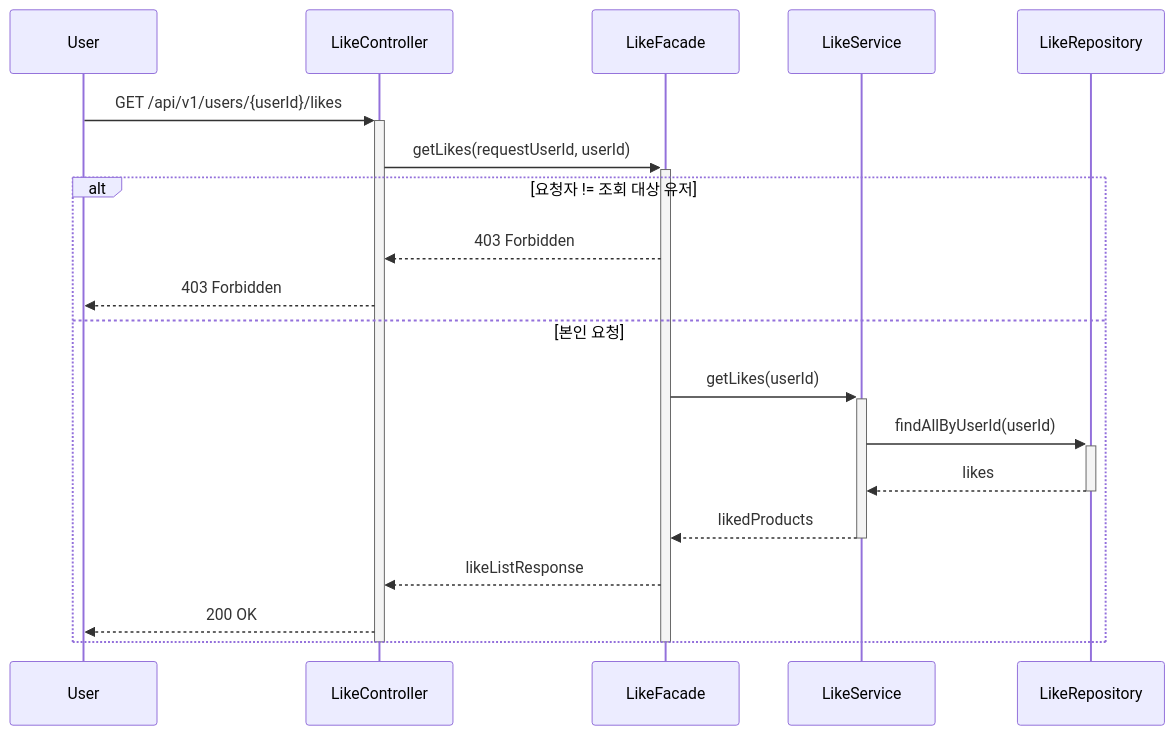
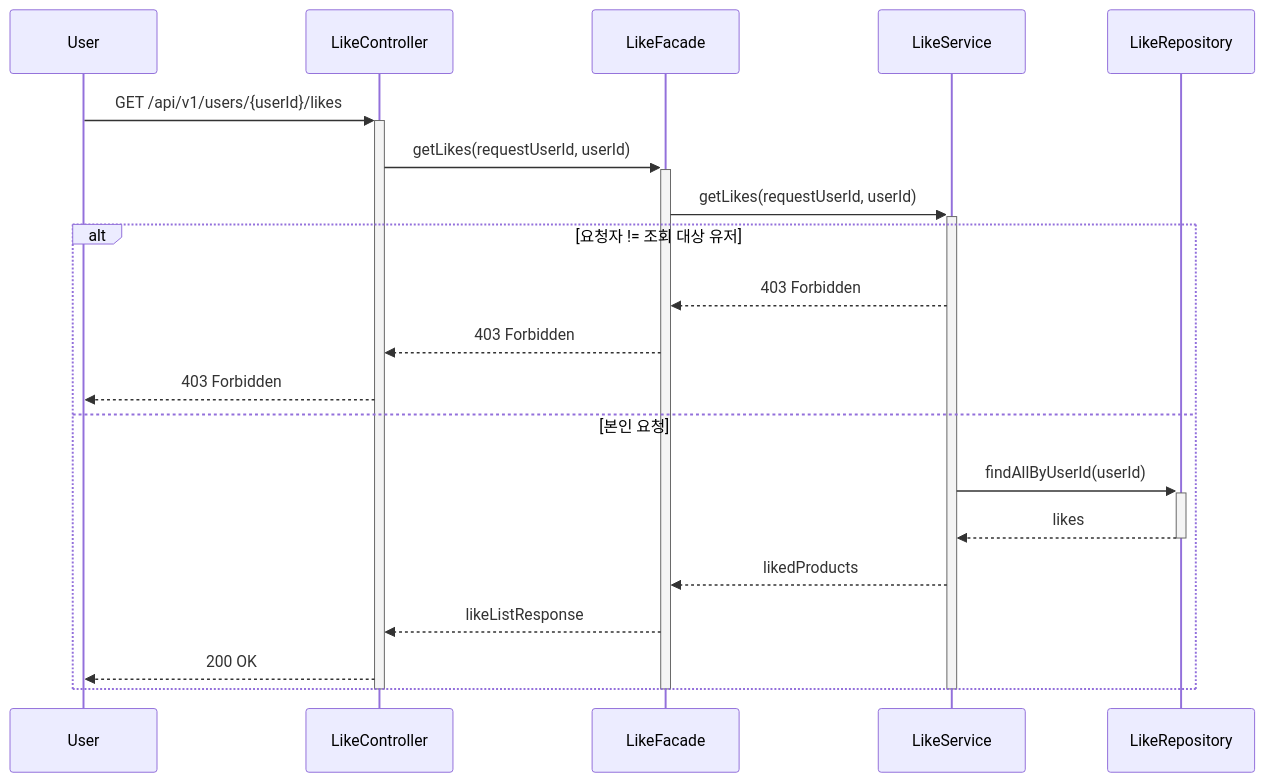
Before and after one commit to loopers-labs/loop-pack-be-l2-vol4-java: the sixth of 17 diagrams in docs/week2/02-sequence-diagrams.md, drawn with Mermaid. The commit also changed other lines of this file, not shown here.

First line of the commit message:
docs: 시퀀스 다이어그램 책임 주체 명확화

````diff
--- a/docs/week2/02-sequence-diagrams.md
+++ b/docs/week2/02-sequence-diagrams.md
@@ -171,26 +175,28 @@
 ```mermaid
 sequenceDiagram
     participant User
     participant LikeController
     participant LikeFacade
     participant LikeService
     participant LikeRepository
 
     User->>+LikeController: GET /api/v1/users/{userId}/likes
     LikeController->>+LikeFacade: getLikes(requestUserId, userId)
+    LikeFacade->>+LikeService: getLikes(requestUserId, userId)
 
     alt 요청자 != 조회 대상 유저
+        LikeService-->>LikeFacade: 403 Forbidden
         LikeFacade-->>LikeController: 403 Forbidden
         LikeController-->>User: 403 Forbidden
     else 본인 요청
-        LikeFacade->>+LikeService: getLikes(userId)
         LikeService->>+LikeRepository: findAllByUserId(userId)
         LikeRepository-->>-LikeService: likes
-        LikeService-->>-LikeFacade: likedProducts
+        LikeService-->>LikeFacade: likedProducts
         LikeFacade-->>LikeController: likeListResponse
         LikeController-->>User: 200 OK
     end
 
+    deactivate LikeService
     deactivate LikeFacade
     deactivate LikeController
 ```
````
